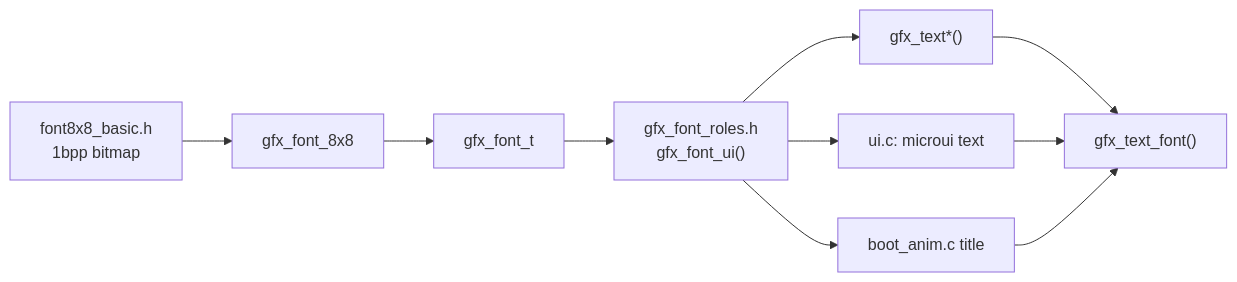
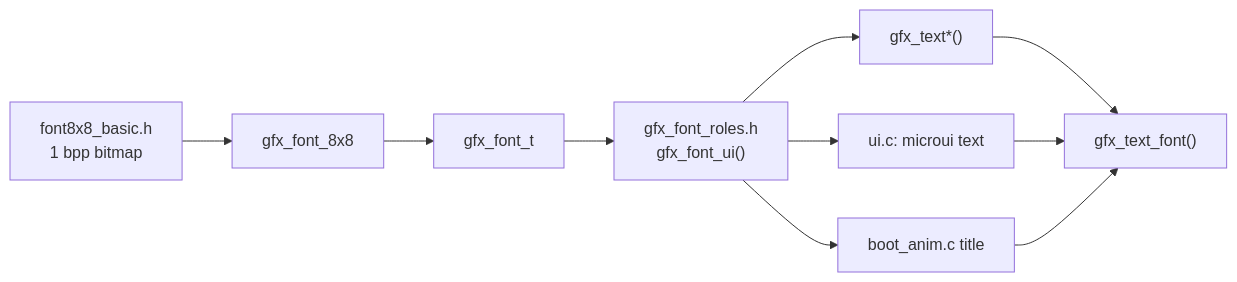
One commit to jose-villegas/autana changed the first of 2 diagrams in docs/Text-and-Fonts.md. Above: the diagram before and after it, drawn with Mermaid. The commit also changed other lines of this file and 14 other files, not shown here.

Commit message:
gfx: finish bitmap title font cleanup

````diff
--- a/docs/Text-and-Fonts.md
+++ b/docs/Text-and-Fonts.md
@@ -12,12 +12,12 @@
 ```mermaid
 flowchart LR
-    BMP["font8x8_basic.h<br/>1bpp bitmap"] --> F8["gfx_font_8x8"]
+    BMP["font8x8_basic.h<br/>1 bpp bitmap"] --> F8["gfx_font_8x8"]
     F8 --> DESC["gfx_font_t"]
     DESC --> ROLE["gfx_font_roles.h<br/>gfx_font_ui()"]
     ROLE --> GT["gfx_text*()"]
     ROLE --> UI["ui.c: microui text"]
     ROLE --> BOOT["boot_anim.c title"]
     GT --> DRAW["gfx_text_font()"]
     UI --> DRAW
     BOOT --> DRAW
 ```
````
